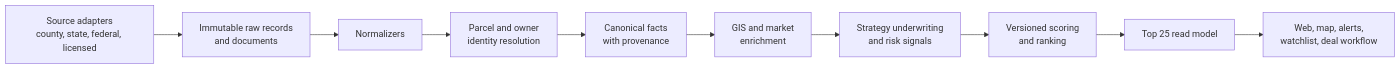
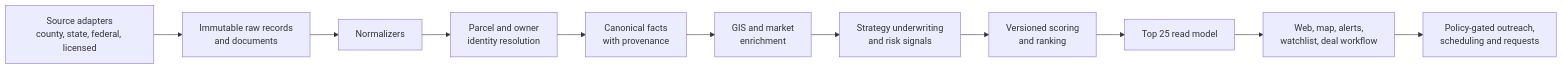
Before and after one commit to worldofhacks/seekandscore: the diagram in README.md, drawn with Mermaid. The commit also changed other lines of this file and 20 other files, not shown here.

Commit message:
Plan policy-gated property outreach

````diff
--- a/README.md
+++ b/README.md
@@ -28,12 +28,13 @@
 ```mermaid
 flowchart LR
   S["Source adapters<br/>county, state, federal, licensed"] --> R["Immutable raw records<br/>and documents"]
   R --> N["Normalizers"]
   N --> I["Parcel and owner<br/>identity resolution"]
   I --> C["Canonical facts<br/>with provenance"]
   C --> G["GIS and market<br/>enrichment"]
   G --> U["Strategy underwriting<br/>and risk signals"]
   U --> K["Versioned scoring<br/>and ranking"]
   K --> Q["Top 25 read model"]
   Q --> A["Web, map, alerts,<br/>watchlist, deal workflow"]
+  A --> E["Policy-gated outreach,<br/>scheduling and requests"]
 ```
````
